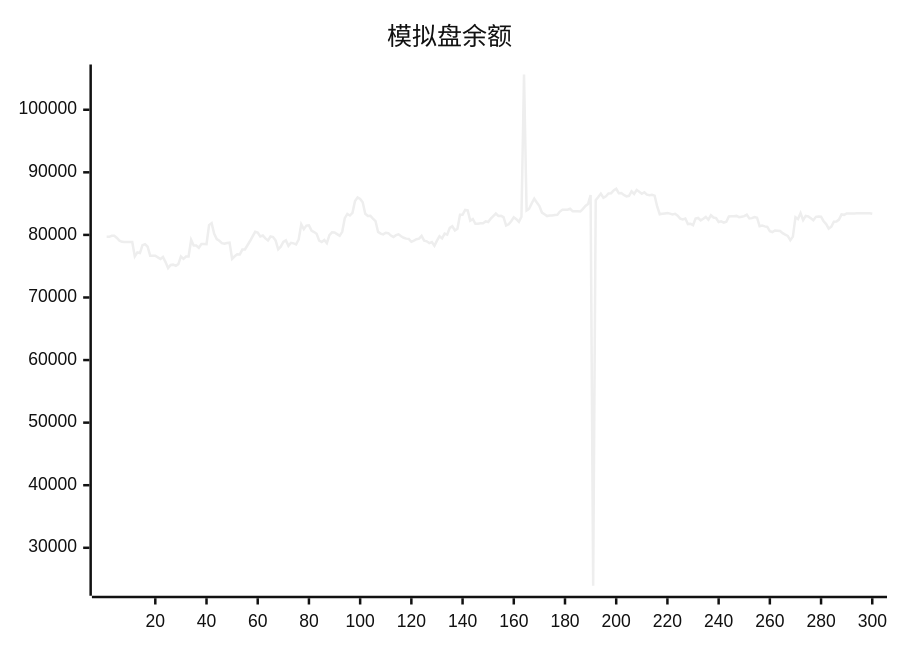
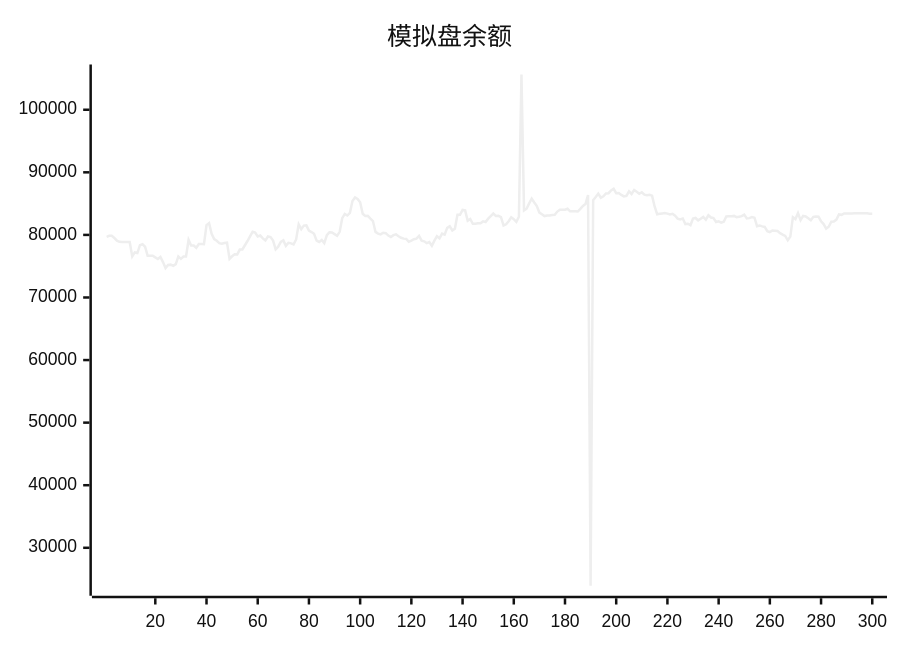
One commit to aahl/ai-trading changed the diagram in README.md. Above: the diagram before and after it, drawn with Mermaid (neutral theme). The commit also changed other lines of this file and 1 other file, not shown here.

````diff
--- a/README.md
+++ b/README.md
@@ -5,5 +5,5 @@
 ```mermaid
 xychart
     title "模拟盘余额"
-    line [79692,79692,79850,79850,79518,79071,78889,78850,78850,78878,78878,76554,77202,77103,78357,78510,78106,76678,76677,76672,76411,76159,76485,75656,74695,75197,75246,75052,75334,76564,76179,76553,76551,79196,78300,78300,77944,78531,78531,78521,81564,81884,80160,79335,79055,78675,78580,78708,78764,76179,76586,76902,76876,77658,77669,78346,79023,79769,80497,80366,79761,79896,79448,79126,79749,79658,79097,77695,78114,78888,79126,78249,78738,78653,78478,79271,81680,80923,81488,81527,80681,80455,80190,79084,78879,79193,78686,79954,80403,80374,80118,79848,80491,82665,83351,83098,83525,85430,85983,85737,85221,83378,83014,83043,82613,82216,80477,80208,80081,80348,80277,79894,79670,79965,80093,79786,79542,79406,79371,78893,79087,79304,79406,79841,79072,78978,78696,78846,78272,79085,79787,79442,80198,80031,81120,81379,80718,80985,83214,83212,83993,83921,82270,82547,81776,81776,81866,81866,82158,82061,82596,83000,83408,83041,83050,82858,81503,81691,82188,82812,82517,82092,82901,105633,83898,84180,85030,85781,85178,84604,83569,83298,83008,83093,83107,83175,83228,83729,84025,84017,84019,84177,83775,83762,83785,83738,84160,84639,84939,86370,23934,85548,86046,86599,85942,86161,86622,86664,87115,87369,86666,86685,86384,86152,86243,86969,86548,87164,86885,86566,86809,86427,86348,86417,86273,84538,83299,83369,83430,83490,83404,83270,83362,83056,82605,82459,82614,81734,81788,81551,82598,82702,82320,82580,82878,82426,83139,82778,82686,82056,82166,81963,82110,82951,82983,82984,83038,82838,82915,82998,83235,82642,82682,82858,82746,81396,81512,81362,81277,80600,80461,80699,80673,80616,80288,80038,79836,79142,79722,82837,82533,83480,82366,83032,82960,82654,82330,82883,82934,82901,82188,81728,81005,81298,82110,82135,82449,83264,83203,83440,83439,83440,83440,83446,83447,83448,83447,83448,83449,83369]
+    line [79692,79850,79850,79518,79071,78889,78850,78850,78878,78878,76554,77202,77103,78357,78510,78106,76678,76677,76672,76411,76159,76485,75656,74695,75197,75246,75052,75334,76564,76179,76553,76551,79196,78300,78300,77944,78531,78531,78521,81564,81884,80160,79335,79055,78675,78580,78708,78764,76179,76586,76902,76876,77658,77669,78346,79023,79769,80497,80366,79761,79896,79448,79126,79749,79658,79097,77695,78114,78888,79126,78249,78738,78653,78478,79271,81680,80923,81488,81527,80681,80455,80190,79084,78879,79193,78686,79954,80403,80374,80118,79848,80491,82665,83351,83098,83525,85430,85983,85737,85221,83378,83014,83043,82613,82216,80477,80208,80081,80348,80277,79894,79670,79965,80093,79786,79542,79406,79371,78893,79087,79304,79406,79841,79072,78978,78696,78846,78272,79085,79787,79442,80198,80031,81120,81379,80718,80985,83214,83212,83993,83921,82270,82547,81776,81776,81866,81866,82158,82061,82596,83000,83408,83041,83050,82858,81503,81691,82188,82812,82517,82092,82901,105633,83898,84180,85030,85781,85178,84604,83569,83298,83008,83093,83107,83175,83228,83729,84025,84017,84019,84177,83775,83762,83785,83738,84160,84639,84939,86370,23934,85548,86046,86599,85942,86161,86622,86664,87115,87369,86666,86685,86384,86152,86243,86969,86548,87164,86885,86566,86809,86427,86348,86417,86273,84538,83299,83369,83430,83490,83404,83270,83362,83056,82605,82459,82614,81734,81788,81551,82598,82702,82320,82580,82878,82426,83139,82778,82686,82056,82166,81963,82110,82951,82983,82984,83038,82838,82915,82998,83235,82642,82682,82858,82746,81396,81512,81362,81277,80600,80461,80699,80673,80616,80288,80038,79836,79142,79722,82837,82533,83480,82366,83032,82960,82654,82330,82883,82934,82901,82188,81728,81005,81298,82110,82135,82449,83264,83203,83440,83439,83440,83440,83446,83447,83448,83447,83448,83449,83369,83369]
 ```
````
